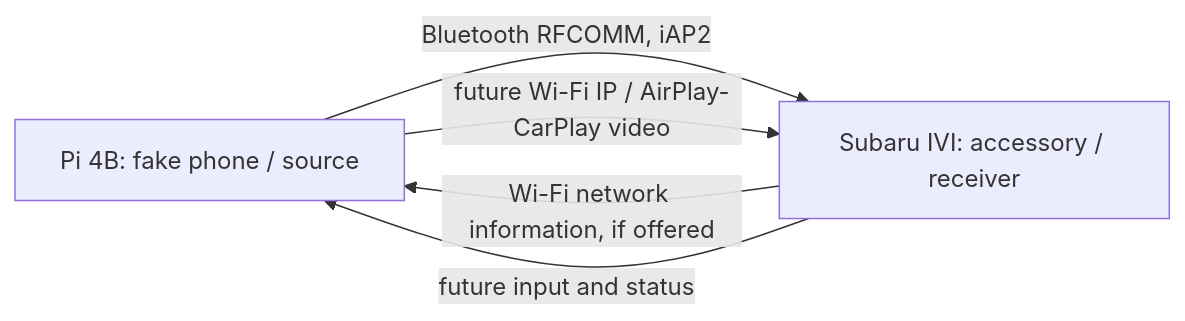
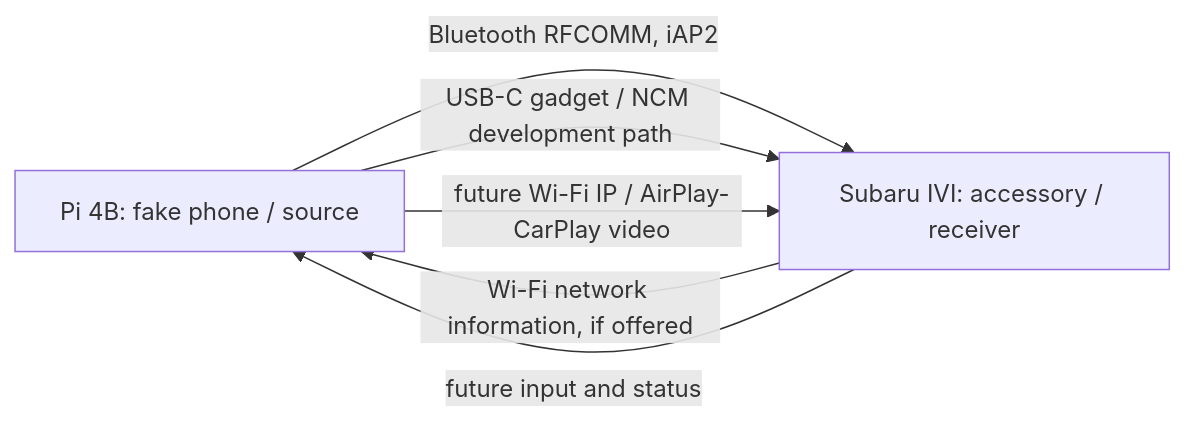
One commit to tylxr59/CarPi changed the first of 2 diagrams in docs/architecture.md. Above: the diagram before and after it, drawn with Mermaid. The commit also changed other lines of this file and 15 other files, not shown here.

First line of the commit message:
Add reversible USB NCM gadget workflow

````diff
--- a/docs/architecture.md
+++ b/docs/architecture.md
@@ -5,7 +5,8 @@
 ```mermaid
 flowchart LR
     P[Pi 4B: fake phone / source] -->|Bluetooth RFCOMM, iAP2| V[Subaru IVI: accessory / receiver]
+    P -->|USB-C gadget / NCM development path| V
     V -->|Wi-Fi network information, if offered| P
     P -->|future Wi-Fi IP / AirPlay-CarPlay video| V
     V -->|future input and status| P
 ```
````
